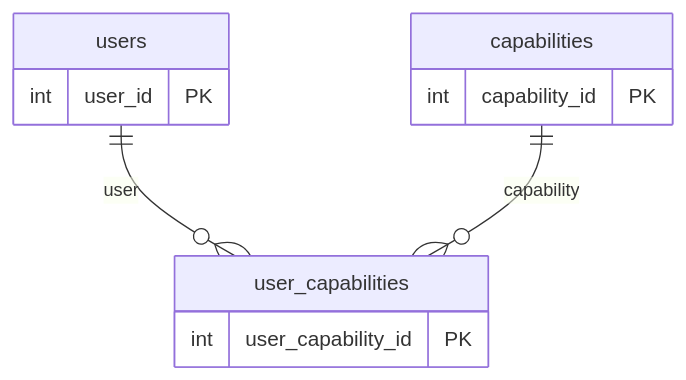
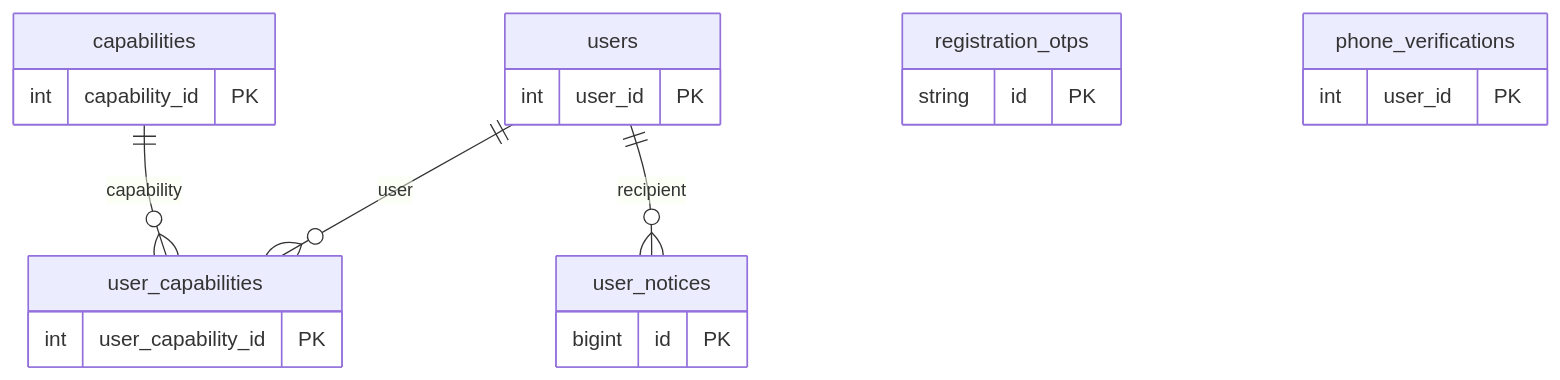
One commit to duyning/SEP_KS_G27 changed the first of 6 diagrams in docs/ERD.md. Above: the diagram before and after it, drawn with Mermaid. The commit also changed other lines of this file and 113 other files, not shown here.

````diff
--- a/docs/ERD.md
+++ b/docs/ERD.md
@@ -11,14 +9,24 @@
 ```mermaid
 erDiagram
     users {
         int user_id PK
     }
     capabilities {
         int capability_id PK
     }
     user_capabilities {
         int user_capability_id PK
     }
+    registration_otps {
+        string id PK
+    }
+    phone_verifications {
+        int user_id PK
+    }
+    user_notices {
+        bigint id PK
+    }
     users ||--o{ user_capabilities : user
     capabilities ||--o{ user_capabilities : capability
+    users ||--o{ user_notices : recipient
 ```
````
